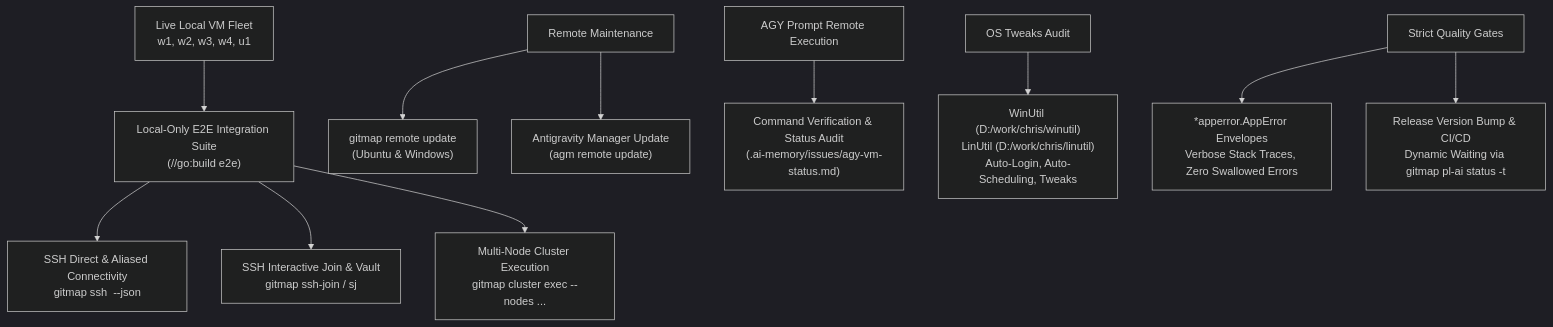
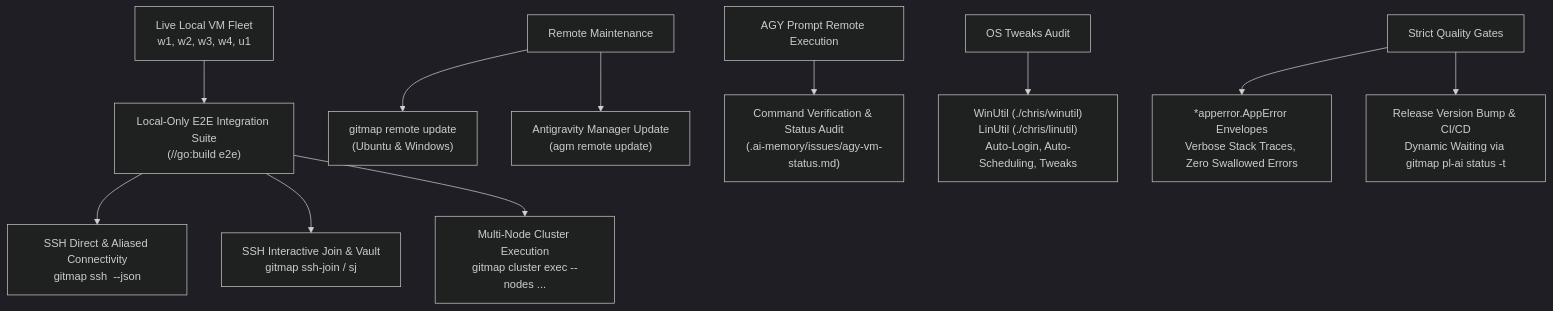
Before and after one commit to alimtvnetwork/gitmap-v28: the diagram in 02-spec/21-app/137-vm-cluster-e2e-ssh-and-os-integration.md, drawn with Mermaid (dark theme). The commit also changed other lines of this file and 165 other files, not shown here.

````diff
--- a/02-spec/21-app/137-vm-cluster-e2e-ssh-and-os-integration.md
+++ b/02-spec/21-app/137-vm-cluster-e2e-ssh-and-os-integration.md
@@ -68,17 +68,17 @@
 ```mermaid
 flowchart TD
     A["Live Local VM Fleet<br/>w1, w2, w3, w4, u1"] --> B["Local-Only E2E Integration Suite<br/>(//go:build e2e)"]
     B --> C["SSH Direct & Aliased Connectivity<br/>gitmap ssh <ip|alias> --json"]
     B --> D["SSH Interactive Join & Vault<br/>gitmap ssh-join / sj"]
     B --> E["Multi-Node Cluster Execution<br/>gitmap cluster exec --nodes ..."]
 
     F["Remote Maintenance"] --> G["gitmap remote update<br/>(Ubuntu & Windows)"]
     F --> H["Antigravity Manager Update<br/>(agm remote update)"]
 
     I["AGY Prompt Remote Execution"] --> J["Command Verification & Status Audit<br/>(.ai-memory/issues/agy-vm-status.md)"]
 
-    K["OS Tweaks Audit"] --> L["WinUtil (D:/work/chris/winutil)<br/>LinUtil (D:/work/chris/linutil)<br/>Auto-Login, Auto-Scheduling, Tweaks"]
+    K["OS Tweaks Audit"] --> L["WinUtil (./chris/winutil)<br/>LinUtil (./chris/linutil)<br/>Auto-Login, Auto-Scheduling, Tweaks"]
 
     M["Strict Quality Gates"] --> N["*apperror.AppError Envelopes<br/>Verbose Stack Traces, Zero Swallowed Errors"]
     M --> O["Release Version Bump & CI/CD<br/>Dynamic Waiting via gitmap pl-ai status -t"]
 ```
````
